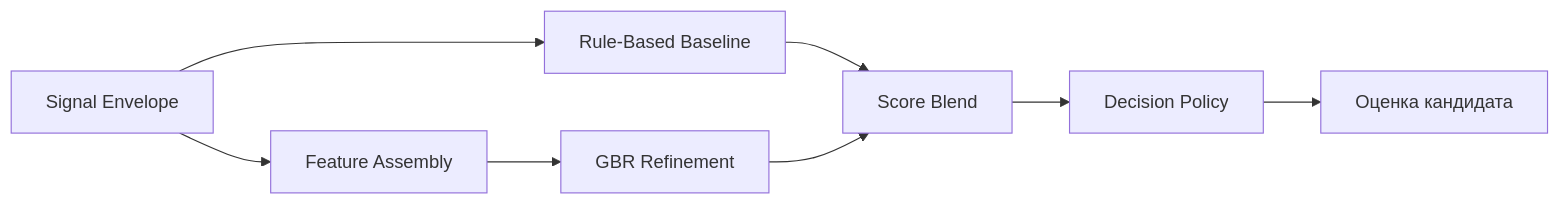
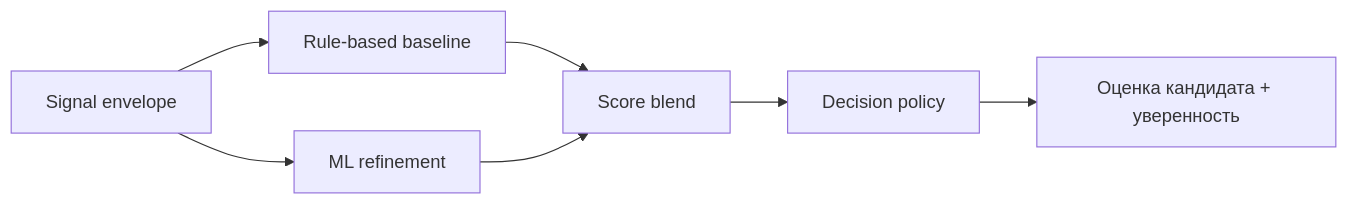
Before and after one commit to alenisaw/invision_u_Vi-Ka: the first of 2 diagrams in docs/rus/SCORING.md, drawn with Mermaid. The commit also changed other lines of this file and 21 other files, not shown here.

````diff
--- a/docs/rus/SCORING.md
+++ b/docs/rus/SCORING.md
@@ -185,18 +62,16 @@
 ```mermaid
 flowchart LR
-    Envelope["Signal Envelope"]
-    Rules["Rule-Based Baseline"]
-    Features["Feature Assembly"]
-    GBR["GBR Refinement"]
-    Blend["Score Blend"]
-    Policy["Decision Policy"]
-    Score["Оценка кандидата"]
+    Envelope["Signal envelope"]
+    Rules["Rule-based baseline"]
+    ML["ML refinement"]
+    Blend["Score blend"]
+    Policy["Decision policy"]
+    Output["Оценка кандидата + уверенность"]
 
     Envelope --> Rules
-    Envelope --> Features
-    Features --> GBR
+    Envelope --> ML
     Rules --> Blend
-    GBR --> Blend
+    ML --> Blend
     Blend --> Policy
-    Policy --> Score
+    Policy --> Output
 ```
````
